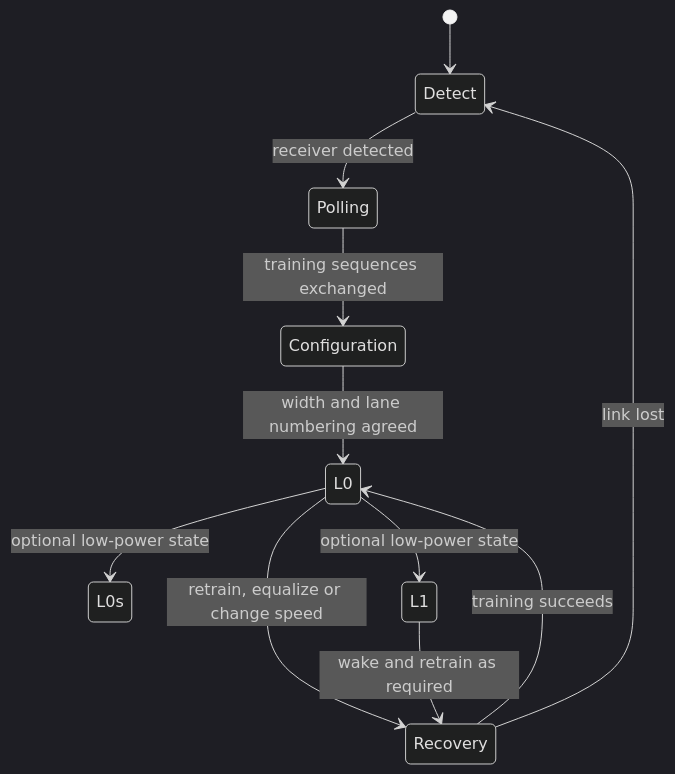
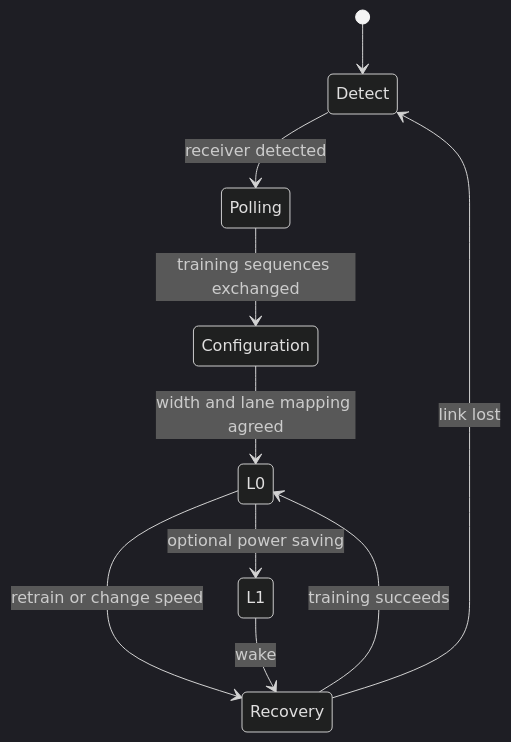
The fourth of 4 diagrams in docs/articles/pcie/pci-01-topology-link-tlp.md (cdragon-ljl/EEandEdgeAI), drawn with Mermaid (dark theme) before and after one commit. The commit also changed other lines of this file and 3 other files, not shown here.

````diff
--- a/docs/articles/pcie/pci-01-topology-link-tlp.md
+++ b/docs/articles/pcie/pci-01-topology-link-tlp.md
@@ -129,13 +130,12 @@
 ```mermaid
 stateDiagram-v2
     [*] --> Detect
     Detect --> Polling: receiver detected
     Polling --> Configuration: training sequences exchanged
-    Configuration --> L0: width and lane numbering agreed
-    L0 --> Recovery: retrain, equalize or change speed
+    Configuration --> L0: width and lane mapping agreed
+    L0 --> Recovery: retrain or change speed
     Recovery --> L0: training succeeds
-    L0 --> L0s: optional low-power state
-    L0 --> L1: optional low-power state
-    L1 --> Recovery: wake and retrain as required
+    L0 --> L1: optional power saving
+    L1 --> Recovery: wake
     Recovery --> Detect: link lost
 ```
````
